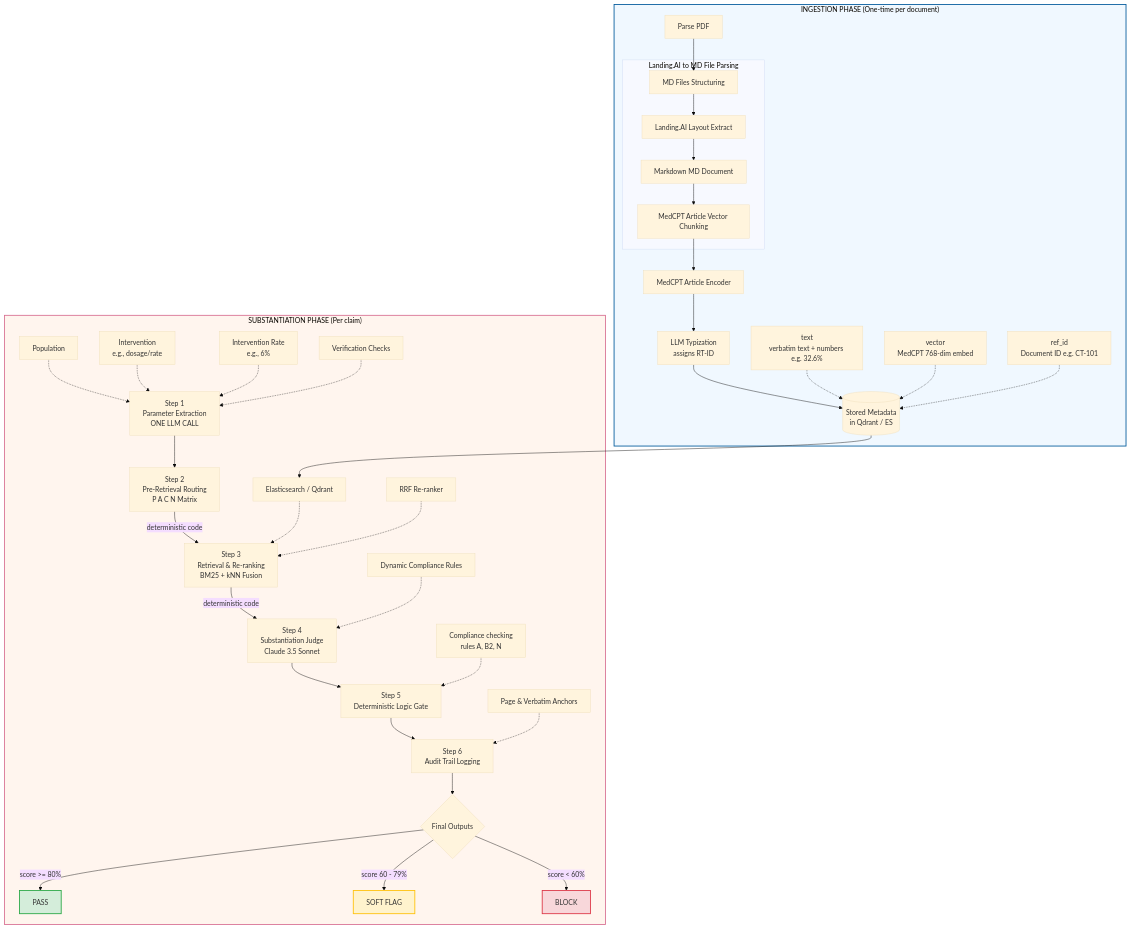
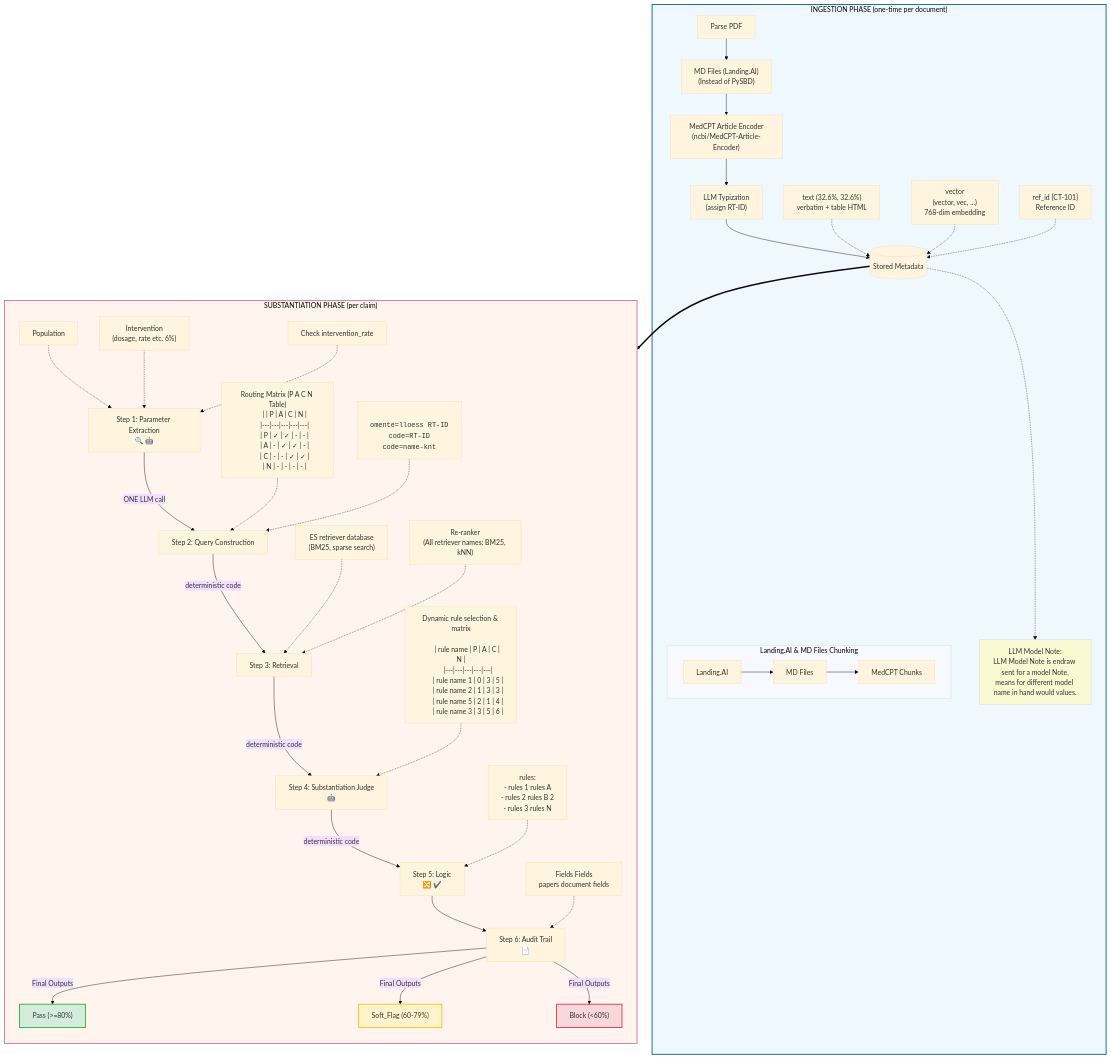
The diagram in README.md (AICODER009/Claim_RAG), drawn with Mermaid (base theme) before and after one commit. The commit also changed other lines of this file and 1 other file, not shown here.

Commit message:
docs: enrich Ingestion Phase details and refine Mermaid flow diagram based on user's handwritten sketch

````diff
--- a/README.md
+++ b/README.md
@@ -23,66 +23,84 @@
 ```mermaid
 flowchart TD
     %% Ingestion Phase Styling
-    subgraph Ingestion["INGESTION PHASE (One-time per document)"]
-        A[Parse PDF] --> B[MD Files Structuring]
-        subgraph SplitBox["Landing.AI to MD File Parsing"]
-            B --> C[Landing.AI Layout Extract]
-            C --> D[Markdown MD Document]
-            D --> E[MedCPT Article Vector Chunking]
+    subgraph Ingestion["INGESTION PHASE (one-time per document)"]
+        IP1["Parse PDF"] --> IP2["MD Files (Landing.AI)\n(Instead of PySBD)"]
+        
+        subgraph MD_Box["Landing.AI & MD Files Chunking"]
+            direction LR
+            LAI["Landing.AI"] --> MDF["MD Files"] --> MCPT_C["MedCPT Chunks"]
         end
-        E --> F[MedCPT Article Encoder]
-        F --> G[LLM Typization\nassigns RT-ID]
-        G --> H[(Stored Metadata\nin Qdrant / ES)]
         
-        %% Metadata fields details
-        H1[text\nverbatim text + numbers e.g. 32.6%] -.-> H
-        H2[vector\nMedCPT 768-dim embed] -.-> H
-        H3[ref_id\nDocument ID e.g. CT-101] -.-> H
+        IP2 --> IP3["MedCPT Article Encoder\n(ncbi/MedCPT-Article-Encoder)"]
+        IP3 --> IP4["LLM Typization\n(assign RT-ID)"]
+        IP4 --> IP5[("Stored Metadata")]
+        
+        %% Stored Metadata content
+        IP5_1["text (32.6%, 32.6%)\nverbatim + table HTML"] -.-> IP5
+        IP5_2["vector\n(vector, vec, ...)\n768-dim embedding"] -.-> IP5
+        IP5_3["ref_id {CT-101}\nReference ID"] -.-> IP5
+        
+        Note["LLM Model Note:\nLLM Model Note is endraw sent for a model Note,\nmeans for different model name in hand would values."]
+        IP5 -.-> Note
     end
 
     %% Substantiation Phase Styling
-    subgraph Substantiation["SUBSTANTIATION PHASE (Per claim)"]
+    subgraph Substantiation["SUBSTANTIATION PHASE (per claim)"]
+        direction TB
+        
         %% Step 1
-        S1[Step 1\nParameter Extraction\nONE LLM CALL] --> S2[Step 2\nPre-Retrieval Routing\nP A C N Matrix]
-        
-        %% Parameters details
-        S1a[Population] -.-> S1
-        S1b[Intervention\ne.g., dosage/rate] -.-> S1
-        S1c[Intervention Rate\ne.g., 6%] -.-> S1
-        S1d[Verification Checks] -.-> S1
+        S1["Step 1: Parameter Extraction\n🔍 🤖"]
+        S1_1["Population"] -.-> S1
+        S1_2["Intervention\n(dosage, rate etc. 6%)"] -.-> S1
+        S1_3["Check intervention_rate"] -.-> S1
         
         %% Step 2
-        S2 -->|deterministic code| S3[Step 3\nRetrieval & Re-ranking\nBM25 + kNN Fusion]
+        S1 -->|ONE LLM call| S2["Step 2: Query Construction"]
+        S2_1["Routing Matrix (P A C N Table)
+        | | P | A | C | N |
+        |---|---|---|---|---|
+        | P | ✓ | ✓ | - | - |
+        | A | - | ✓ | ✓ | - |
+        | C | - | - | ✓ | ✓ |
+        | N | - | - | - | - |"] -.-> S2
+        S2_2["<code>\nomente=lloess RT-ID\ncode=RT-ID\ncode=name-knt\n</code>"] -.-> S2
         
         %% Step 3
-        S3 -->|deterministic code| S4[Step 4\nSubstantiation Judge\nClaude 3.5 Sonnet]
-        S3a[Elasticsearch / Qdrant] -.-> S3
-        S3b[RRF Re-ranker] -.-> S3
+        S2 -->|deterministic code| S3["Step 3: Retrieval"]
+        S3_1["ES retriever database\n(BM25, sparse search)"] -.-> S3
+        S3_2["Re-ranker\n(All retriever names: BM25, kNN)"] -.-> S3
         
         %% Step 4
-        S4 --> S5[Step 5\nDeterministic Logic Gate]
-        S4a[Dynamic Compliance Rules] -.-> S4
+        S3 -->|deterministic code| S4["Step 4: Substantiation Judge\n🤖"]
+        S4_1["Dynamic rule selection & matrix\n
+        | rule name | P | A | C | N |
+        |---|---|---|---|---|
+        | rule name 1 | 0 | 3 | 5 |
+        | rule name 2 | 1 | 3 | 3 |
+        | rule name 5 | 2 | 1 | 4 |
+        | rule name 3 | 3 | 5 | 6 |"] -.-> S4
         
         %% Step 5
-        S5 --> S6[Step 6\nAudit Trail Logging]
-        S5a[Compliance checking\nrules A, B2, N] -.-> S5
+        S4 -->|deterministic code| S5["Step 5: Logic\n🔀 ✔️"]
+        S5_1["rules:\n- rules 1 rules A\n- rules 2 rules B 2\n- rules 3 rules N"] -.-> S5
         
         %% Step 6
-        S6 --> S7{Final Outputs}
-        S6a[Page & Verbatim Anchors] -.-> S6
+        S5 --> S6["Step 6: Audit Trail\n📄"]
+        S6_1["Fields Fields\npapers document fields"] -.-> S6
         
-        %% Verdicts
-        S7 -->|score >= 80%| O1[PASS]
-        S7 -->|score 60 - 79%| O2[SOFT FLAG]
-        S7 -->|score < 60%| O3[BLOCK]
+        %% Outputs
+        S6 -->|Final Outputs| O_Pass["Pass (>=80%)"]
+        S6 -->|Final Outputs| O_Soft["Soft_Flag (60-79%)"]
+        S6 -->|Final Outputs| O_Block["Block (<60%)"]
     end
-
-    %% Link Ingestion store to Substantiation Retrieval
-    H --> S3a
+    
+    %% Database feeding retrieval
+    IP5 ==> S3
     
     style Ingestion fill:#f0f8ff,stroke:#005A9C,stroke-width:2px;
     style Substantiation fill:#fff5ee,stroke:#D87093,stroke-width:2px;
-    style O1 fill:#d4edda,stroke:#28a745,stroke-width:2px;
-    style O2 fill:#fff3cd,stroke:#ffc107,stroke-width:2px;
-    style O3 fill:#f8d7da,stroke:#dc3545,stroke-width:2px;
+    style O_Pass fill:#d4edda,stroke:#28a745,stroke-width:2px;
+    style O_Soft fill:#fff3cd,stroke:#ffc107,stroke-width:2px;
+    style O_Block fill:#f8d7da,stroke:#dc3545,stroke-width:2px;
+    style Note fill:#fafad2,stroke:#d3d3d3,stroke-width:1px;
 ```
````
